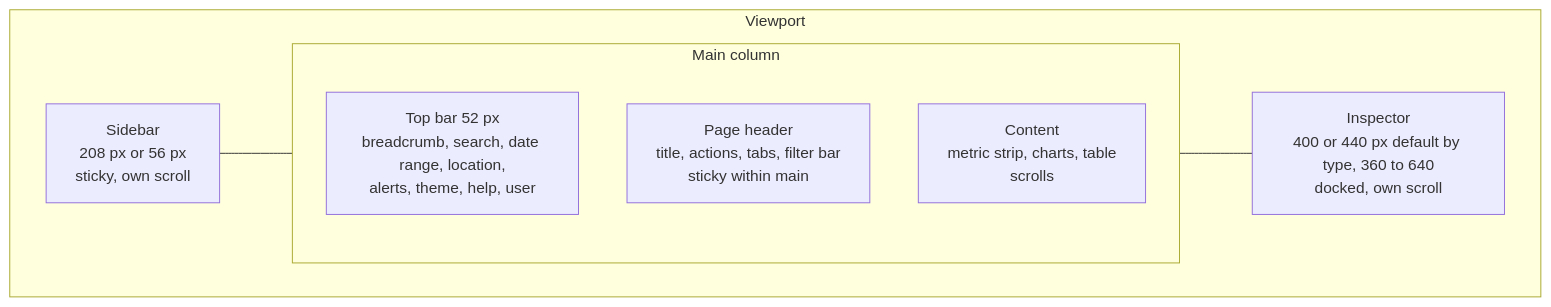
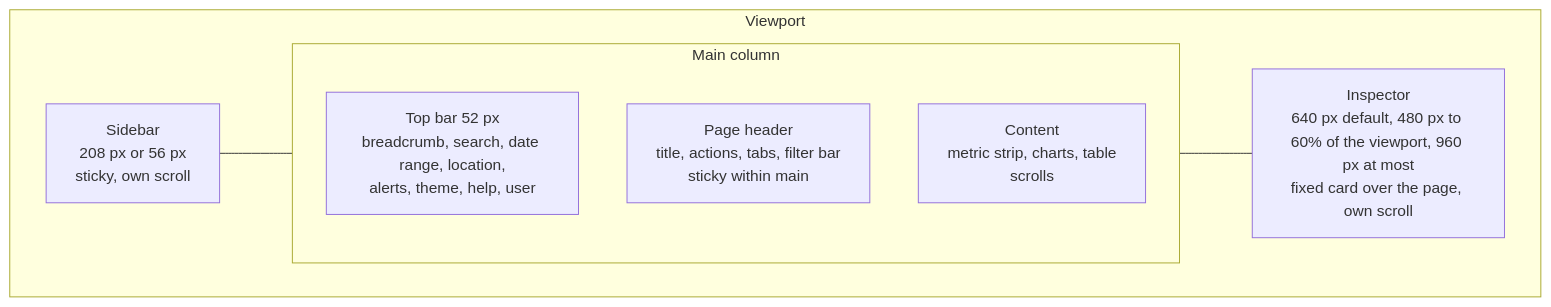
One commit to digibranders/idraft changed the diagram in docs/design-system/05-layout-grid.md. Above: the diagram before and after it, drawn with Mermaid. The commit also changed other lines of this file and 22 other files, not shown here.

````diff
--- a/docs/design-system/05-layout-grid.md
+++ b/docs/design-system/05-layout-grid.md
@@ -20,15 +20,15 @@
 ```mermaid
 flowchart LR
     subgraph Shell[Viewport]
         direction LR
         SB[Sidebar<br/>208 px or 56 px<br/>sticky, own scroll]
         subgraph Main[Main column]
             direction TB
             TB[Top bar 52 px<br/>breadcrumb, search, date range, location,<br/>alerts, theme, help, user]
             PH[Page header<br/>title, actions, tabs, filter bar<br/>sticky within main]
             CT[Content<br/>metric strip, charts, table<br/>scrolls]
         end
-        IN[Inspector<br/>400 or 440 px default by type, 360 to 640<br/>docked, own scroll]
+        IN[Inspector<br/>640 px default, 480 px to 60% of the viewport, 960 px at most<br/>fixed card over the page, own scroll]
     end
     SB --- Main --- IN
 ```
````
